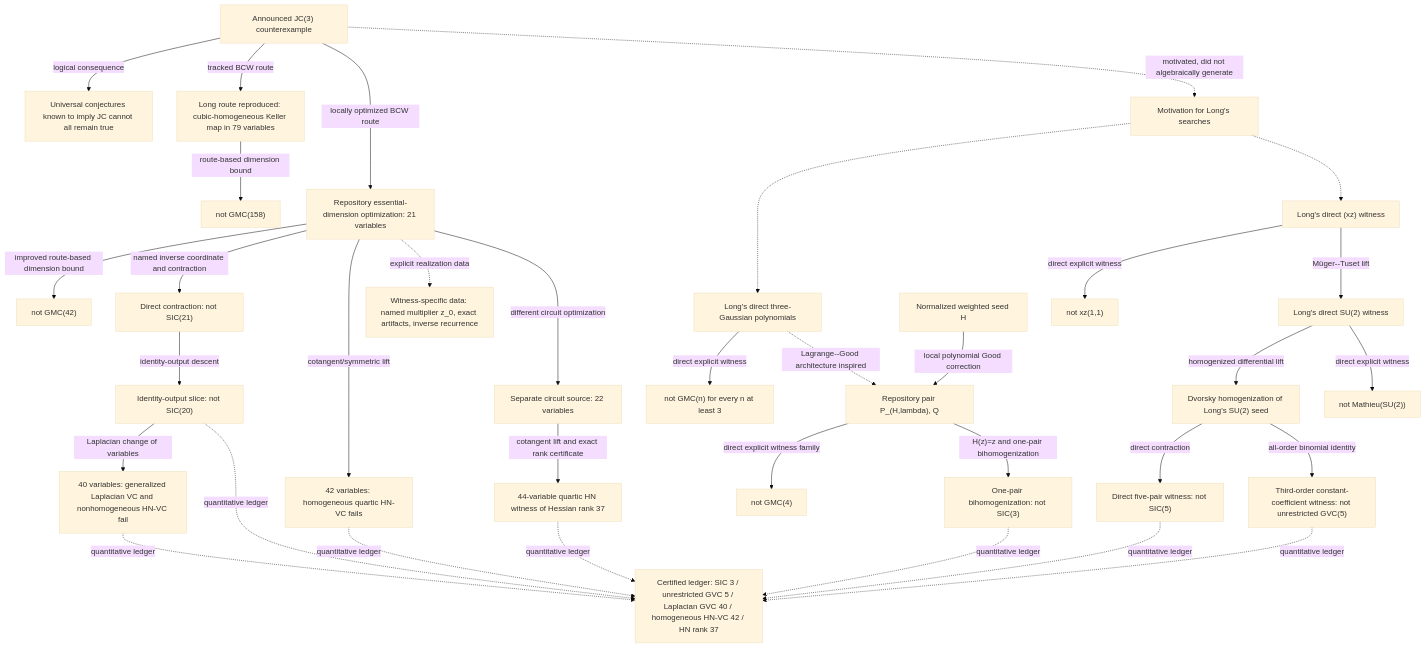
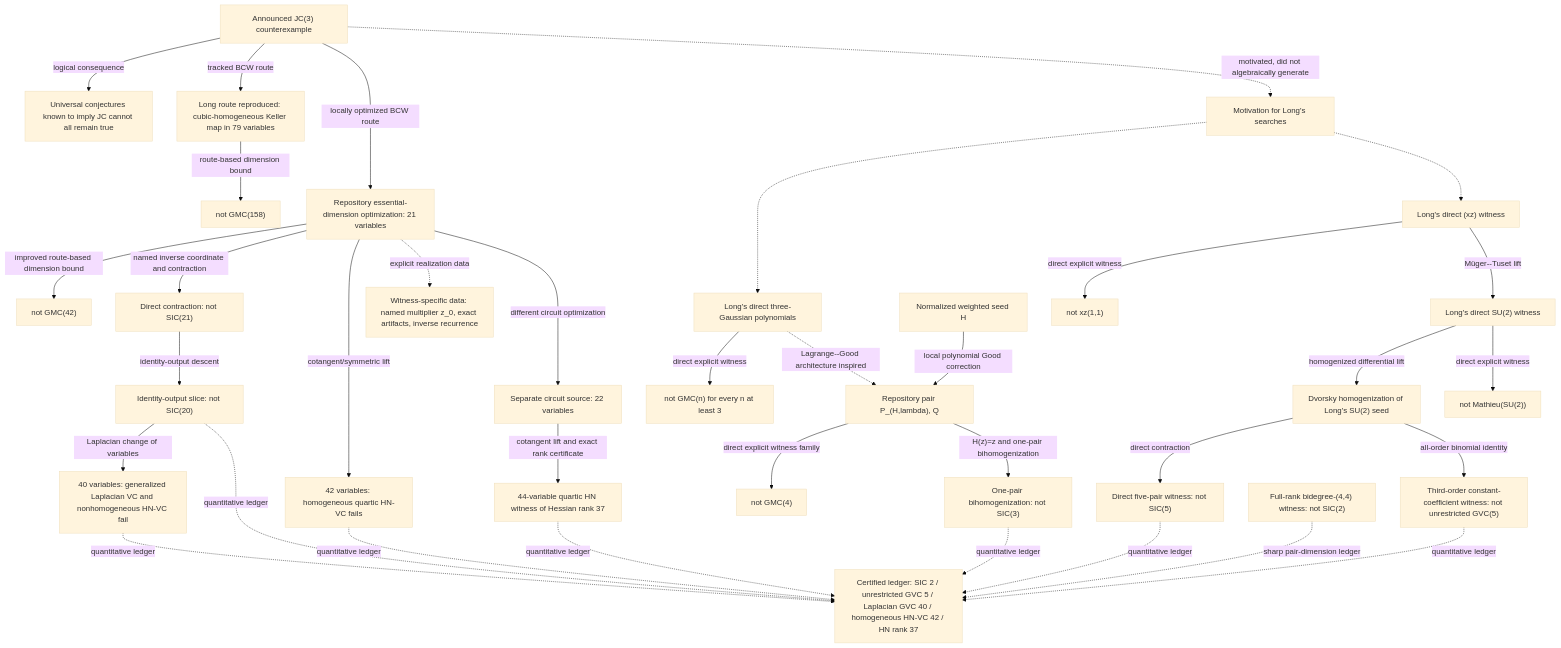
One commit to royvanrijn/jacobian-research changed the diagram in extended-geometry/EXTERNAL_CONSEQUENCES_AND_PROVENANCE.md. Above: the diagram before and after it, drawn with Mermaid (base theme). The commit also changed other lines of this file and 30 other files, not shown here.

````diff
--- a/extended-geometry/EXTERNAL_CONSEQUENCES_AND_PROVENANCE.md
+++ b/extended-geometry/EXTERNAL_CONSEQUENCES_AND_PROVENANCE.md
@@ -21,65 +21,67 @@
 ```mermaid
 flowchart TD
     J["Announced JC(3) counterexample"]
     U["Universal conjectures known to imply JC cannot all remain true"]
     B["Long route reproduced: cubic-homogeneous Keller map in 79 variables"]
     R["not GMC(158)"]
     BO["Repository essential-dimension optimization: 21 variables"]
     RO["not GMC(42)"]
     I21["Direct contraction: not SIC(21)"]
     I20["Identity-output slice: not SIC(20)"]
     D5["Dvorsky homogenization of Long's SU(2) seed"]
     I5["Direct five-pair witness: not SIC(5)"]
     U5["Third-order constant-coefficient witness: not unrestricted GVC(5)"]
     V40["40 variables: generalized Laplacian VC and nonhomogeneous HN-VC fail"]
     H42["42 variables: homogeneous quartic HN-VC fails"]
     C22["Separate circuit source: 22 variables"]
     HR37["44-variable quartic HN witness of Hessian rank 37"]
-    Q["Certified ledger: SIC 3 / unrestricted GVC 5 / Laplacian GVC 40 / homogeneous HN-VC 42 / HN rank 37"]
+    Q["Certified ledger: SIC 2 / unrestricted GVC 5 / Laplacian GVC 40 / homogeneous HN-VC 42 / HN rank 37"]
     E["Witness-specific data: named multiplier z_0, exact artifacts, inverse recurrence"]
     M["Motivation for Long's searches"]
     GP["Long's direct three-Gaussian polynomials"]
     G["not GMC(n) for every n at least 3"]
     XP["Long's direct (xz) witness"]
     X["not xz(1,1)"]
     SP["Long's direct SU(2) witness"]
     S["not Mathieu(SU(2))"]
     WH["Normalized weighted seed H"]
     WP["Repository pair P_(H,lambda), Q"]
     WG["not GMC(4)"]
     I3["One-pair bihomogenization: not SIC(3)"]
+    I2["Full-rank bidegree-(4,4) witness: not SIC(2)"]
 
     J -->|"logical consequence"| U
     J -->|"tracked BCW route"| B
     B -->|"route-based dimension bound"| R
     J -->|"locally optimized BCW route"| BO
     BO -->|"improved route-based dimension bound"| RO
     BO -->|"named inverse coordinate and contraction"| I21
     I21 -->|"identity-output descent"| I20
     I20 -->|"Laplacian change of variables"| V40
     SP -->|"homogenized differential lift"| D5
     D5 -->|"direct contraction"| I5
     D5 -->|"all-order binomial identity"| U5
     BO -->|"cotangent/symmetric lift"| H42
     BO -.->|"explicit realization data"| E
     I20 -.->|"quantitative ledger"| Q
     I5 -.->|"quantitative ledger"| Q
     U5 -.->|"quantitative ledger"| Q
     V40 -.->|"quantitative ledger"| Q
     H42 -.->|"quantitative ledger"| Q
     BO -->|"different circuit optimization"| C22
     C22 -->|"cotangent lift and exact rank certificate"| HR37
     HR37 -.->|"quantitative ledger"| Q
     J -.->|"motivated, did not algebraically generate"| M
     M -.-> GP
     M -.-> XP
     GP -->|"direct explicit witness"| G
     XP -->|"direct explicit witness"| X
     SP -->|"direct explicit witness"| S
     XP -->|"Müger--Tuset lift"| SP
     WH -->|"local polynomial Good correction"| WP
     WP -->|"direct explicit witness family"| WG
     WP -->|"H(z)=z and one-pair bihomogenization"| I3
     I3 -.->|"quantitative ledger"| Q
+    I2 -.->|"sharp pair-dimension ledger"| Q
     GP -.->|"Lagrange--Good architecture inspired"| WP
 ```
````
